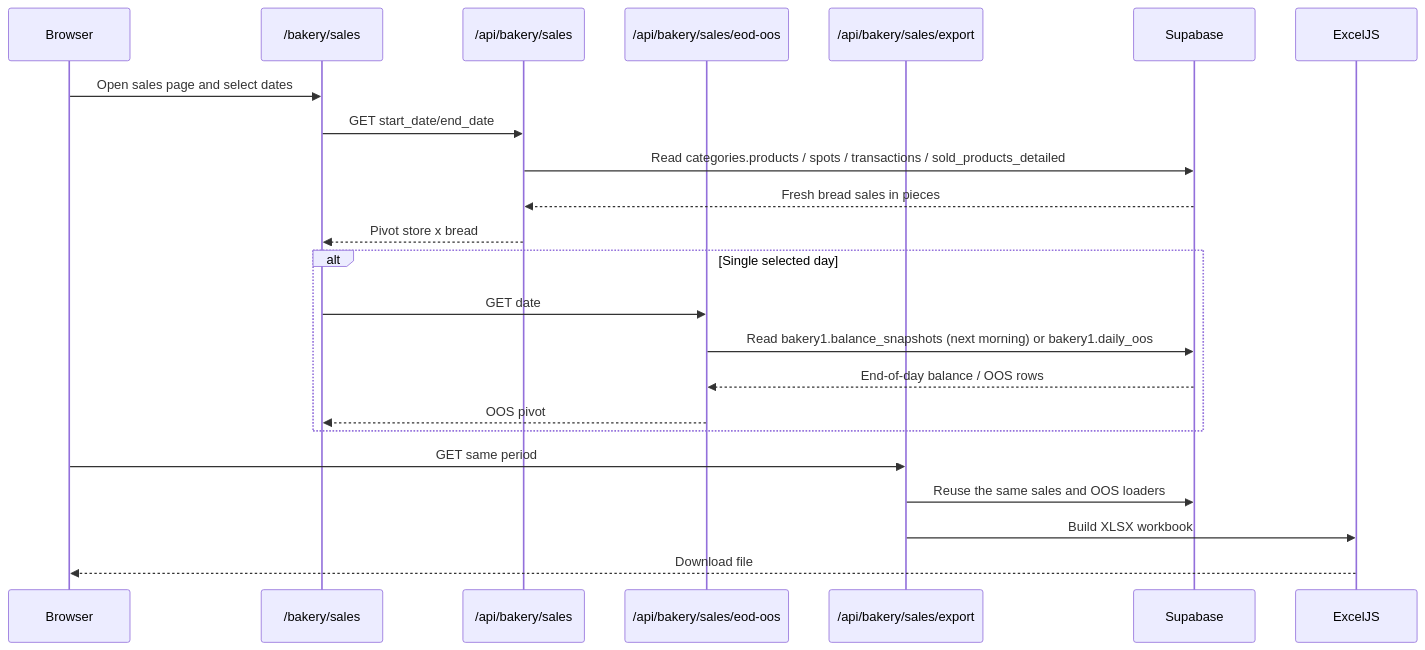
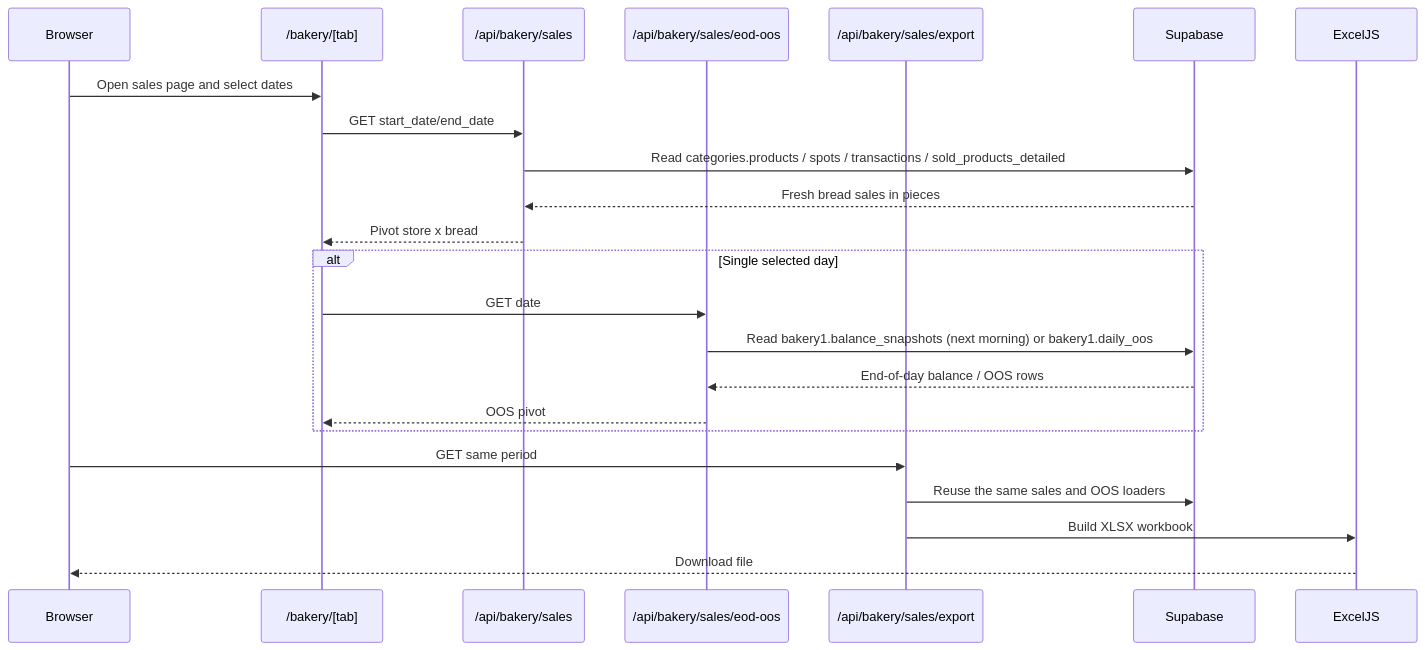
Before and after one commit to yobozavrik/operator_v2.2: the diagram in docs/bakery-runtime-clean-architecture.md, drawn with Mermaid. The commit also changed other lines of this file and 3 other files, not shown here.

Commit message:
Move bakery sales into analytics tabs

````diff
--- a/docs/bakery-runtime-clean-architecture.md
+++ b/docs/bakery-runtime-clean-architecture.md
@@ -9,28 +9,28 @@
 ```mermaid
 sequenceDiagram
     participant User as Browser
-    participant Page as /bakery/sales
+    participant Page as /bakery/[tab]
     participant SalesAPI as /api/bakery/sales
     participant OOSAPI as /api/bakery/sales/eod-oos
     participant ExportAPI as /api/bakery/sales/export
     participant DB as Supabase
     participant Excel as ExcelJS
 
     User->>Page: Open sales page and select dates
     Page->>SalesAPI: GET start_date/end_date
     SalesAPI->>DB: Read categories.products / spots / transactions / sold_products_detailed
     DB-->>SalesAPI: Fresh bread sales in pieces
     SalesAPI-->>Page: Pivot store x bread
 
     alt Single selected day
         Page->>OOSAPI: GET date
         OOSAPI->>DB: Read bakery1.balance_snapshots (next morning) or bakery1.daily_oos
         DB-->>OOSAPI: End-of-day balance / OOS rows
         OOSAPI-->>Page: OOS pivot
     end
 
     User->>ExportAPI: GET same period
     ExportAPI->>DB: Reuse the same sales and OOS loaders
     ExportAPI->>Excel: Build XLSX workbook
     Excel-->>User: Download file
 ```
````
